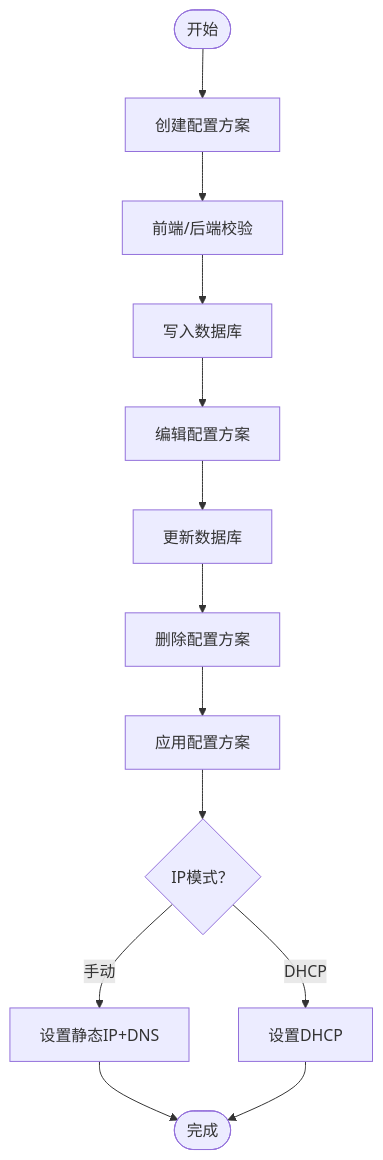
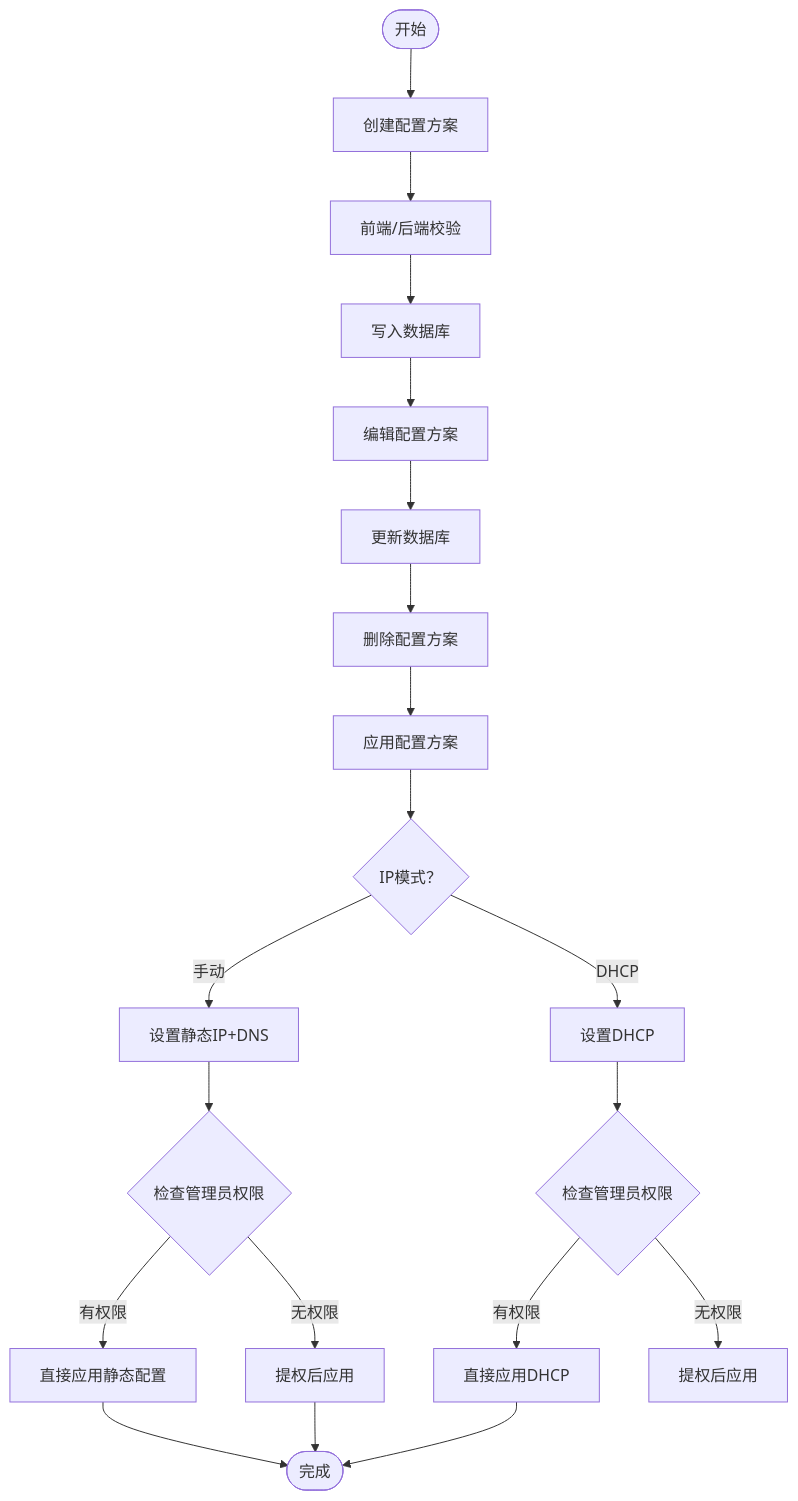
One commit to xdongliang/IPSwitcher changed the third of 11 diagrams in .qoder/repowiki/zh/content/网络配置功能/网络配置功能.md. Above: the diagram before and after it, drawn with Mermaid. The commit also changed other lines of this file and 22 other files, not shown here.

````diff
--- a/.qoder/repowiki/zh/content/网络配置功能/网络配置功能.md
+++ b/.qoder/repowiki/zh/content/网络配置功能/网络配置功能.md
@@ -140,15 +177,22 @@
 ```mermaid
 flowchart TD
 Start(["开始"]) --> Create["创建配置方案"]
 Create --> Validate["前端/后端校验"]
 Validate --> Save["写入数据库"]
 Save --> Edit["编辑配置方案"]
 Edit --> Update["更新数据库"]
 Update --> Delete["删除配置方案"]
 Delete --> Apply["应用配置方案"]
 Apply --> Mode{"IP模式？"}
 Mode --> |手动| Static["设置静态IP+DNS"]
 Mode --> |DHCP| Dhcp["设置DHCP"]
-Static --> Done(["完成"])
-Dhcp --> Done
+Static --> CheckAdmin{"检查管理员权限"}
+CheckAdmin --> |有权限| ApplyStatic["直接应用静态配置"]
+CheckAdmin --> |无权限| Elevate["提权后应用"]
+ApplyStatic --> Done(["完成"])
+Elevate --> Done
+Dhcp --> CheckAdmin2{"检查管理员权限"}
+CheckAdmin2 --> |有权限| ApplyDhcp["直接应用DHCP"]
+CheckAdmin2 --> |无权限| Elevate2["提权后应用"]
+ApplyDhcp --> Done
 ```
````
